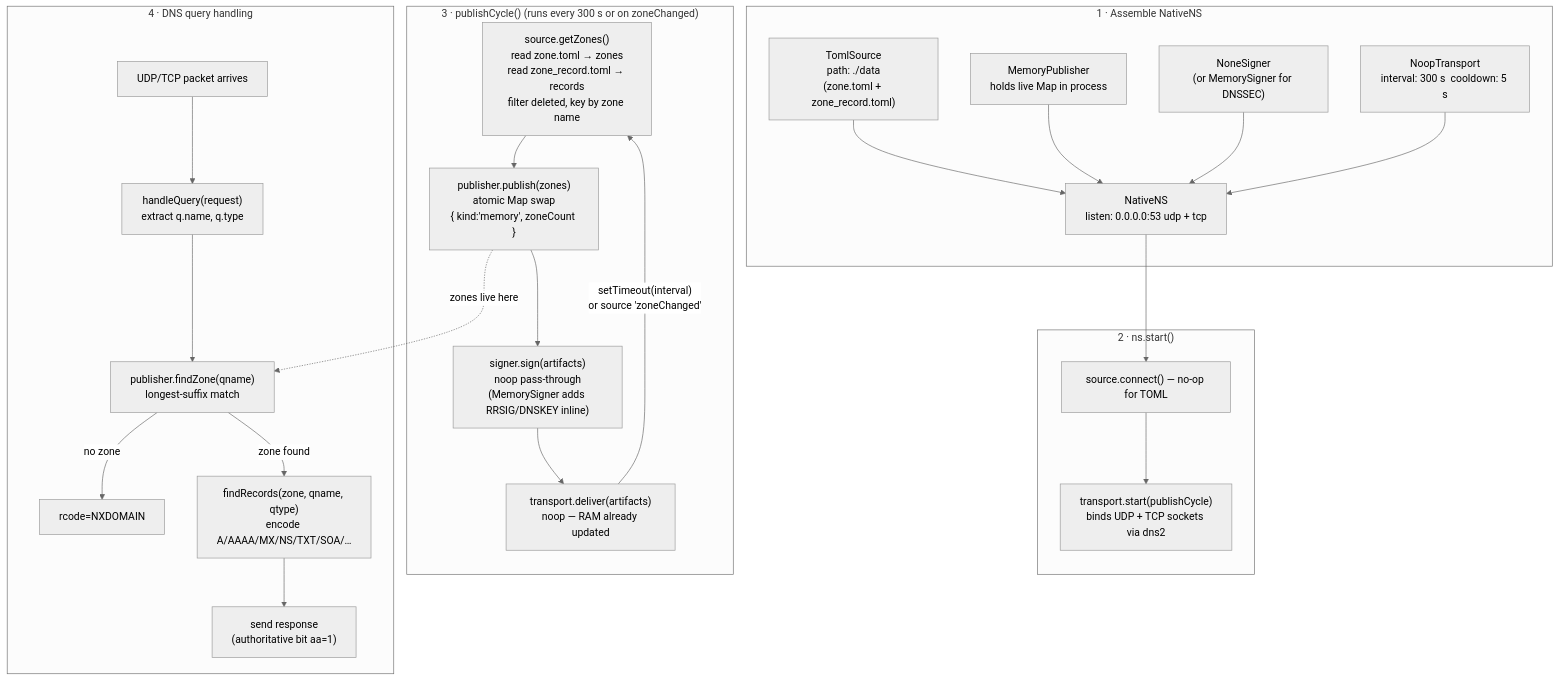
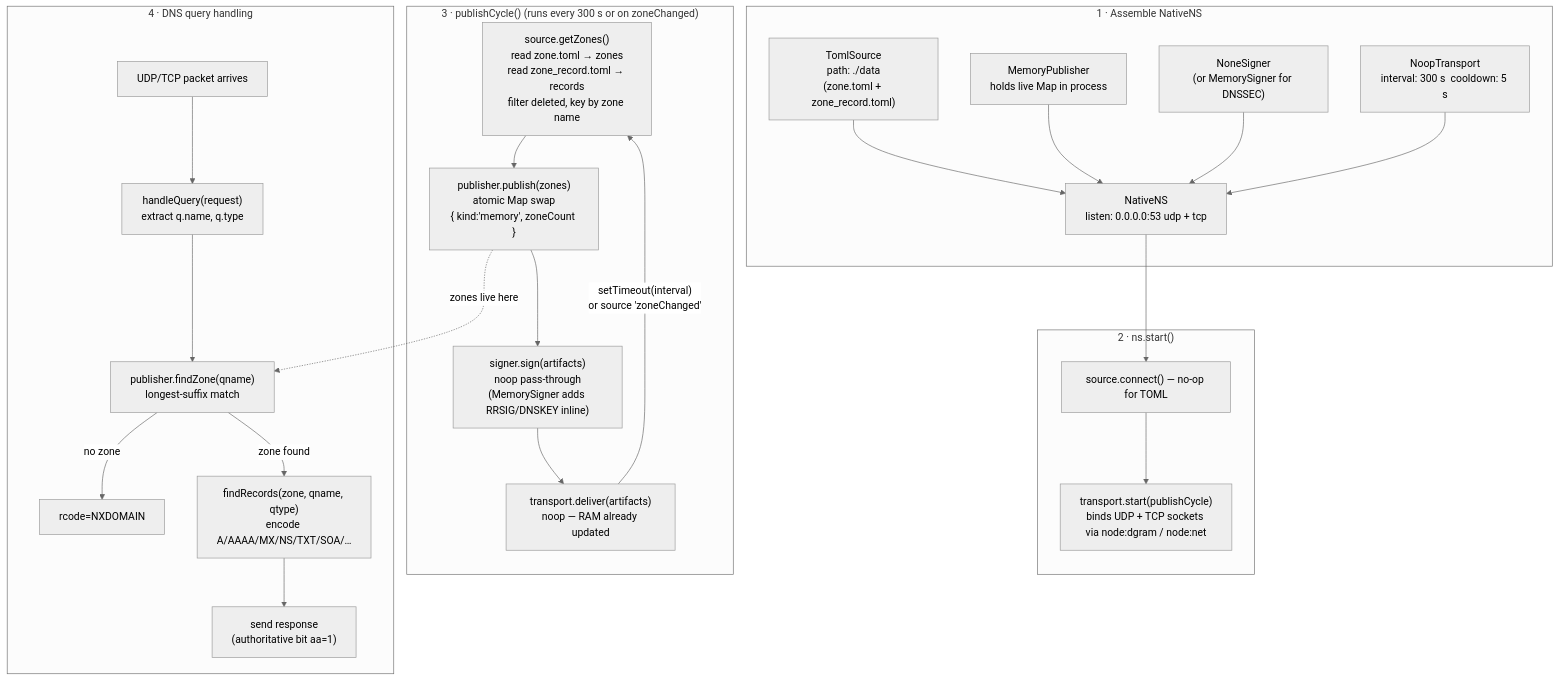
Before and after one commit to NicTool/dns-nameserver: the first of 3 diagrams in FLOWCHARTS.md, drawn with Mermaid (neutral theme). The commit also changed other lines of this file and 7 other files, not shown here.

````diff
--- a/FLOWCHARTS.md
+++ b/FLOWCHARTS.md
@@ -11,41 +11,41 @@
 ```mermaid
 flowchart TD
     subgraph ASSEMBLE["1 · Assemble NativeNS"]
         src["TomlSource\npath: ./data\n(zone.toml + zone_record.toml)"]
         pub["MemoryPublisher\nholds live Map in process"]
         sig["NoneSigner\n(or MemorySigner for DNSSEC)"]
         trn["NoopTransport\ninterval: 300 s  cooldown: 5 s"]
         ns["NativeNS\nlisten: 0.0.0.0:53  udp + tcp"]
         src & pub & sig & trn --> ns
     end
 
     subgraph START["2 · ns.start()"]
         sc["source.connect() — no-op for TOML"]
-        ts["transport.start(publishCycle)\nbinds UDP + TCP sockets via dns2"]
+        ts["transport.start(publishCycle)\nbinds UDP + TCP sockets via node:dgram / node:net"]
         sc --> ts
     end
 
     subgraph CYCLE["3 · publishCycle()  (runs every 300 s or on zoneChanged)"]
         gz["source.getZones()\nread zone.toml → zones\nread zone_record.toml → records\nfilter deleted, key by zone name"]
         pp["publisher.publish(zones)\natomic Map swap\n{ kind:'memory', zoneCount }"]
         ss["signer.sign(artifacts)\nnoop pass-through\n(MemorySigner adds RRSIG/DNSKEY inline)"]
         td["transport.deliver(artifacts)\nnoop — RAM already updated"]
         gz --> pp --> ss --> td
         td -->|"setTimeout(interval)\nor source 'zoneChanged'"| gz
     end
 
     subgraph QUERY["4 · DNS query handling"]
         qin["UDP/TCP packet arrives"]
         hq["handleQuery(request)\nextract q.name, q.type"]
         fz["publisher.findZone(qname)\nlongest-suffix match"]
         nx["rcode=NXDOMAIN"]
         fr["findRecords(zone, qname, qtype)\nencode A/AAAA/MX/NS/TXT/SOA/…"]
         send["send response\n(authoritative bit aa=1)"]
         qin --> hq --> fz
         fz -->|"no zone"| nx
         fz -->|"zone found"| fr --> send
     end
 
     ns --> sc
     pp -.->|"zones live here"| fz
 ```
````
